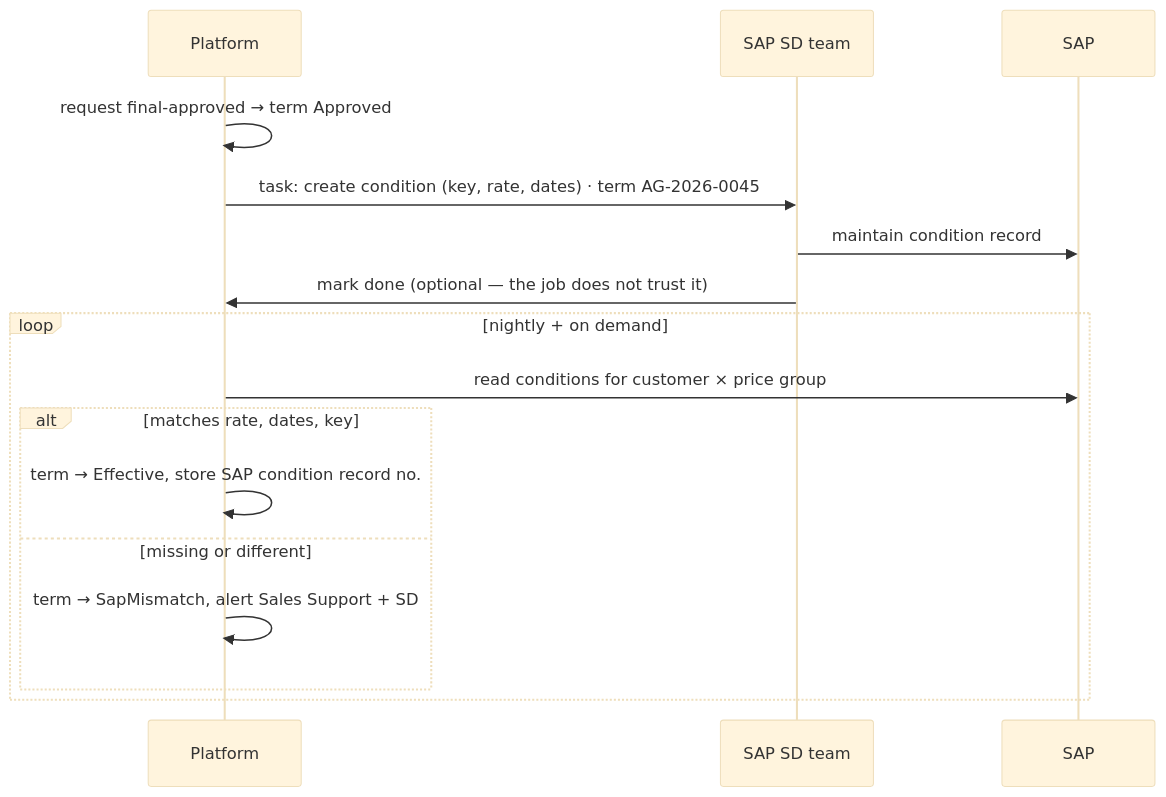
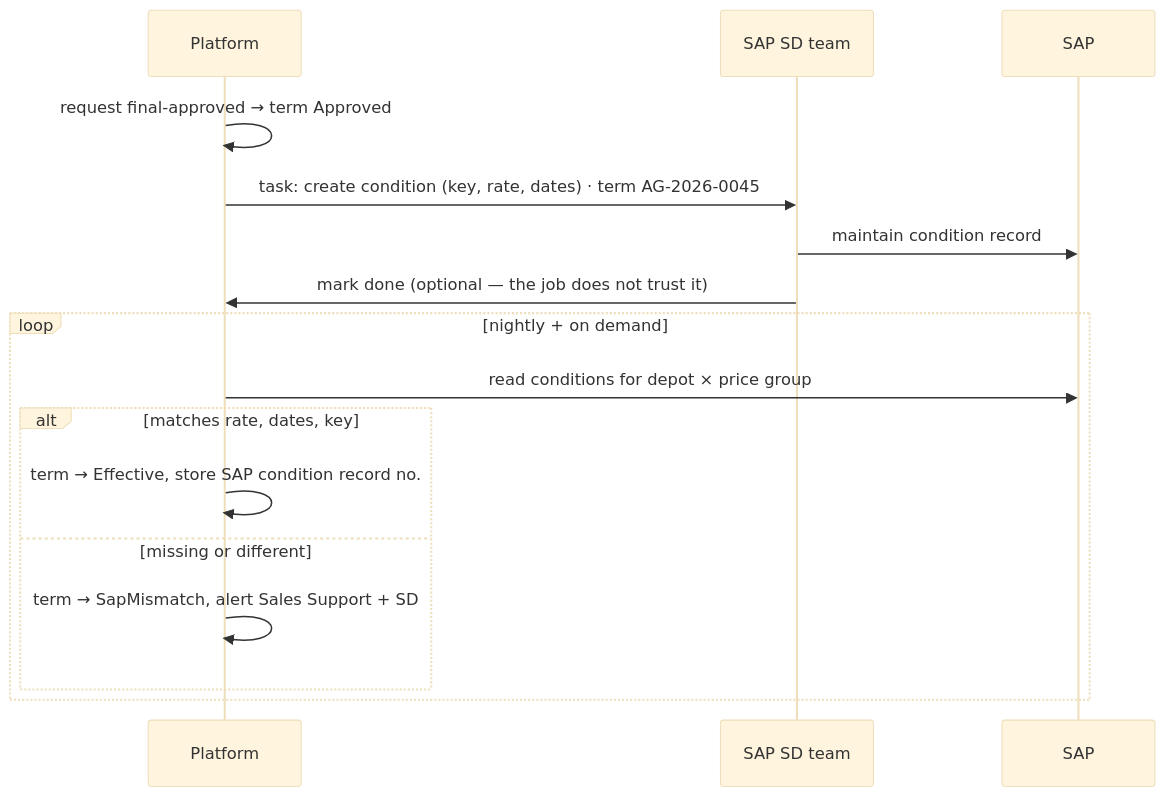
One commit to DyDev99/isi-steel-sales-mobile changed the third of 4 diagrams in docs/feature/prom-discount/promotions-discounts-plan.md. Above: the diagram before and after it, drawn with Mermaid (base theme). The commit also changed other lines of this file and 822 other files, not shown here.

Commit message:
feat: rename customer to depot and add field credit limit

````diff
--- a/docs/feature/prom-discount/promotions-discounts-plan.md
+++ b/docs/feature/prom-discount/promotions-discounts-plan.md
@@ -473,18 +473,18 @@
 ```mermaid
 sequenceDiagram
     participant App as Platform
     participant SD as SAP SD team
     participant SAP as SAP
     App->>App: request final-approved → term Approved
     App->>SD: task: create condition (key, rate, dates) · term AG-2026-0045
     SD->>SAP: maintain condition record
     SD->>App: mark done (optional — the job does not trust it)
     loop nightly + on demand
-        App->>SAP: read conditions for customer × price group
+        App->>SAP: read conditions for depot × price group
         alt matches rate, dates, key
             App->>App: term → Effective, store SAP condition record no.
         else missing or different
             App->>App: term → SapMismatch, alert Sales Support + SD
         end
     end
 ```
````
